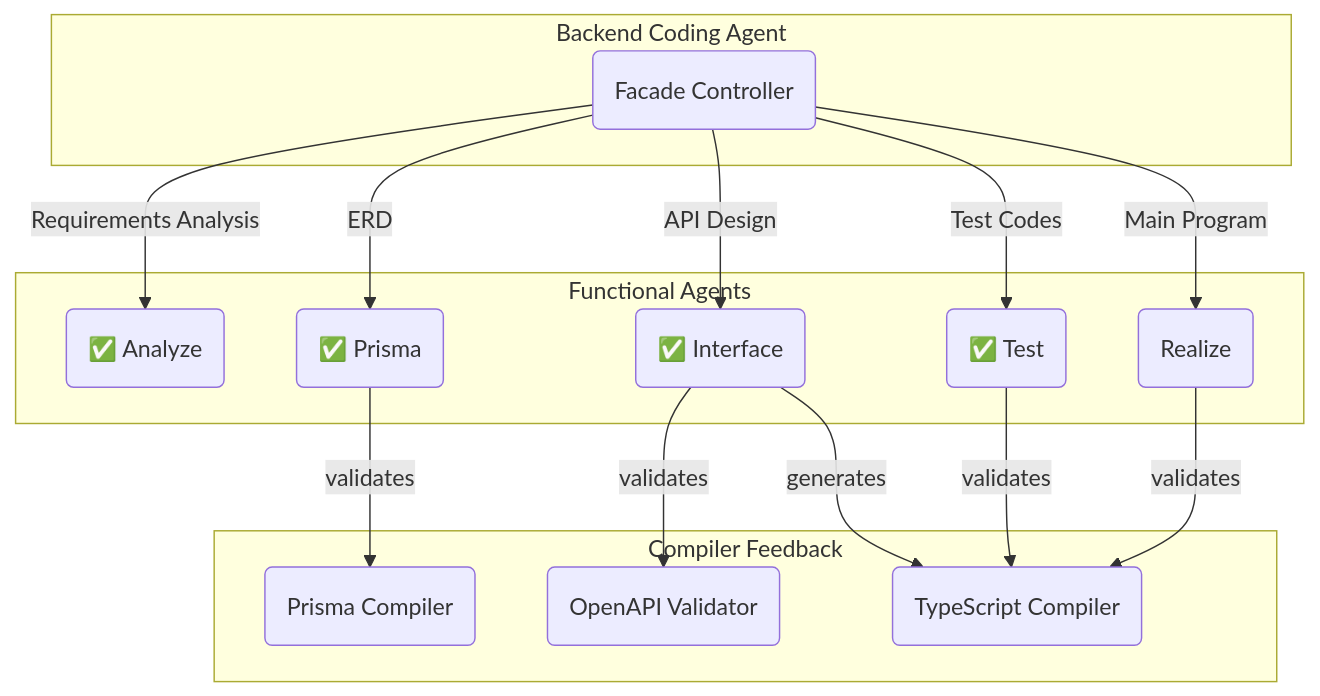
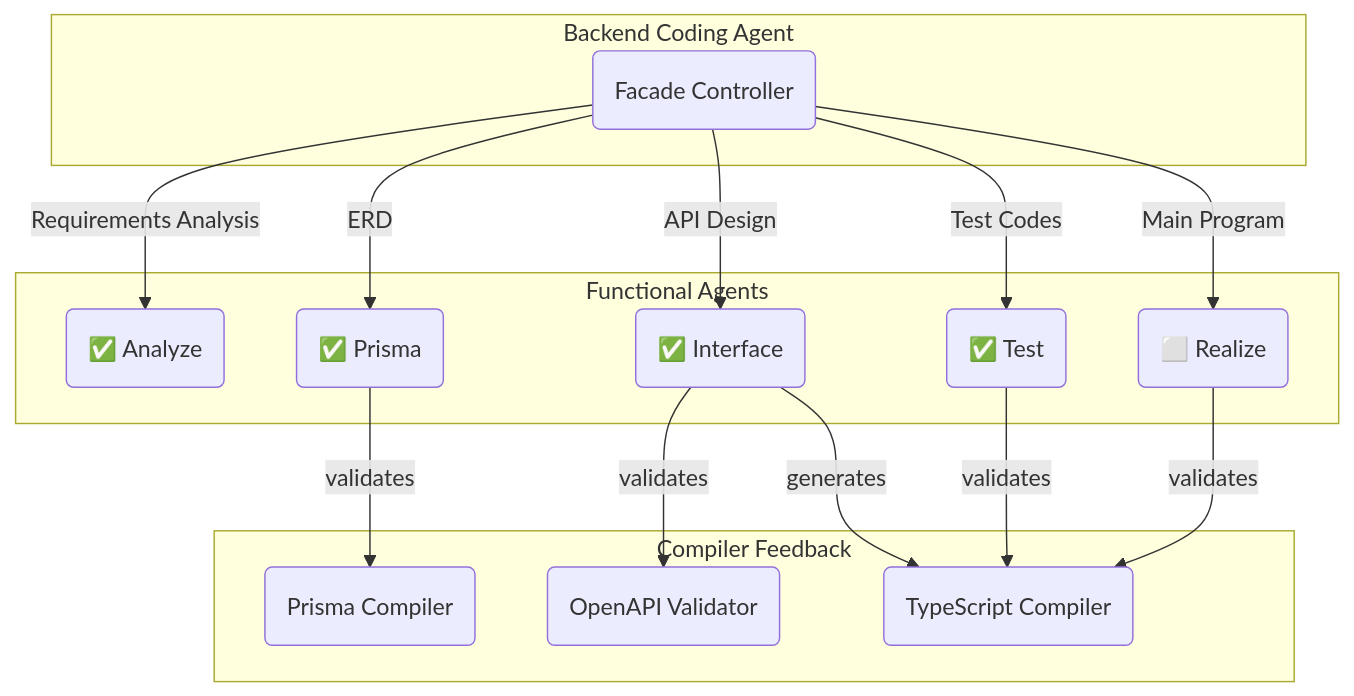
One commit to wrtnlabs/autobe-examples changed the diagram in anthropic/claude-haiku-4.5/bbs/README.md. Above: the diagram before and after it, drawn with Mermaid. The commit also changed other lines of this file and 8017 other files, not shown here.

````diff
--- a/anthropic/claude-haiku-4.5/bbs/README.md
+++ b/anthropic/claude-haiku-4.5/bbs/README.md
@@ -14,20 +14,20 @@
 ```mermaid
 flowchart
 subgraph "Backend Coding Agent"
   coder("Facade Controller")
 end
 subgraph "Functional Agents"
   coder --"Requirements Analysis"--> analyze("✅ Analyze")
   coder --"ERD"--> prisma("✅ Prisma")
   coder --"API Design"--> interface("✅ Interface")
   coder --"Test Codes" --> test("✅ Test")
-  coder --"Main Program" --> realize(" Realize")
+  coder --"Main Program" --> realize("⬜ Realize")
 end
 subgraph "Compiler Feedback"
   prisma --"validates" --> prismaCompiler("Prisma Compiler")
   interface --"validates" --> openapiValidator("OpenAPI Validator")
   interface --"generates" --> tsCompiler("TypeScript Compiler")
   test --"validates" --> tsCompiler("TypeScript Compiler")
   realize --"validates" --> tsCompiler("TypeScript Compiler")
 end
 ```
````
